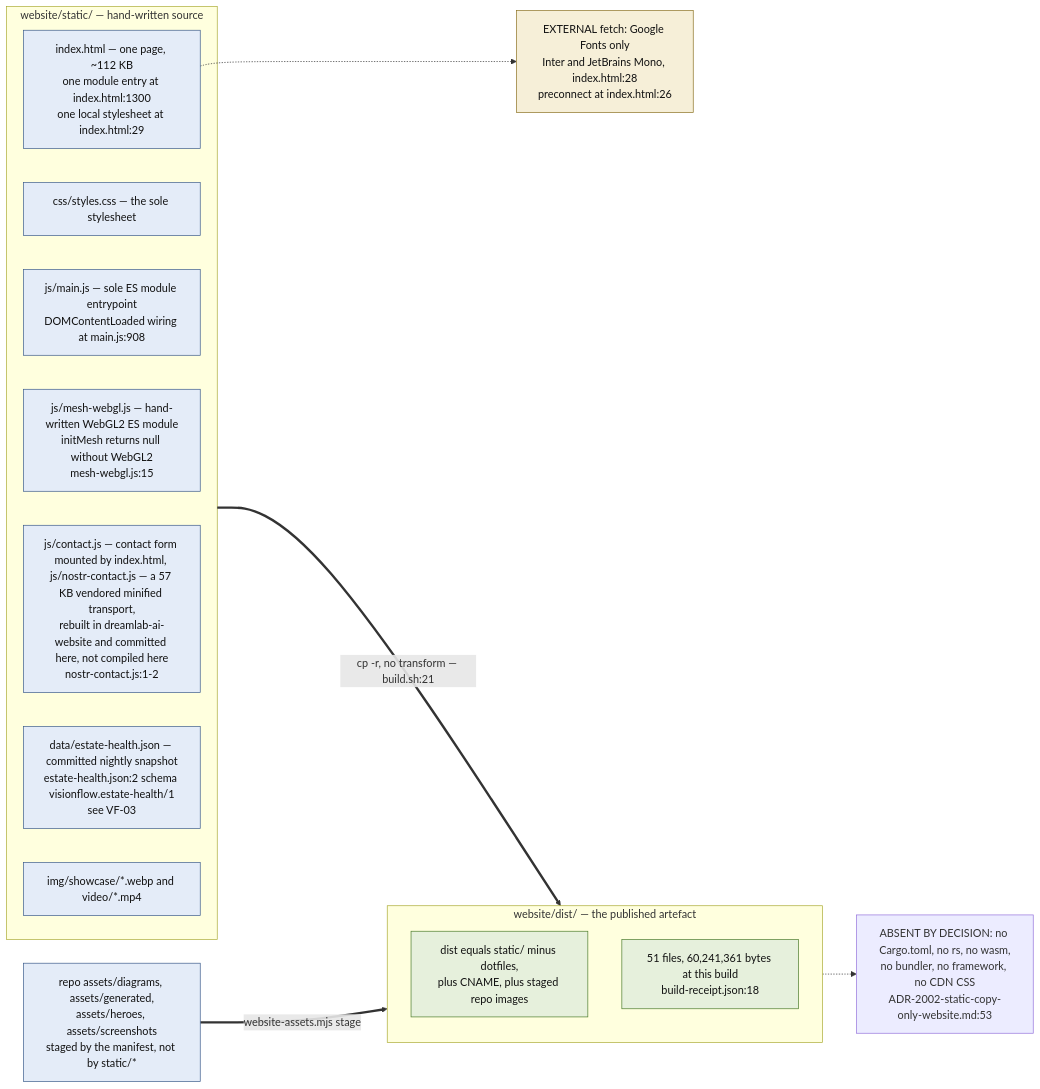
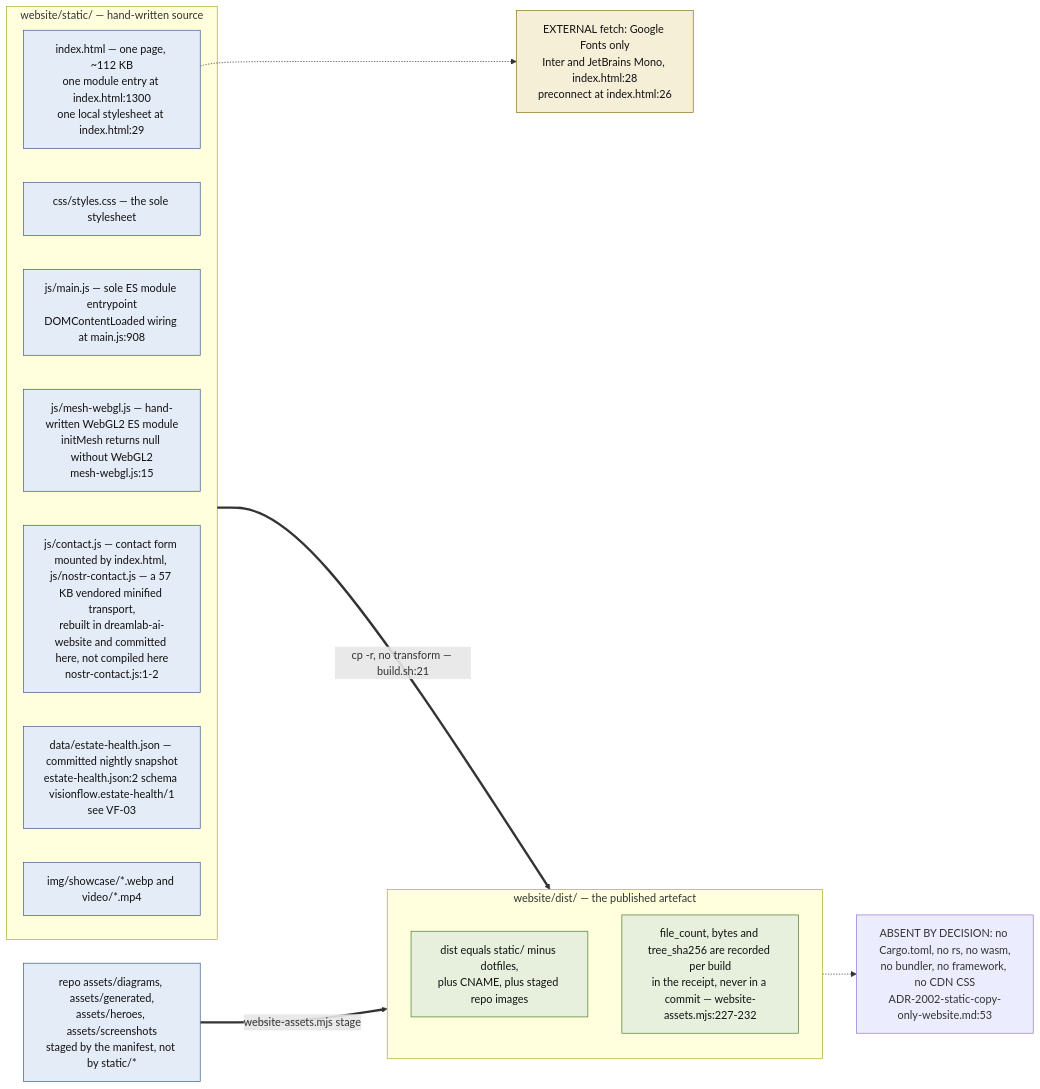
The second of 12 diagrams in docs/diagrams/visionflow/02-website-build-and-deploy.md (DreamLab-AI/VisionFlow), drawn with Mermaid before and after one commit. The commit also changed other lines of this file and 91 other files, not shown here.

````diff
--- a/docs/diagrams/visionflow/02-website-build-and-deploy.md
+++ b/docs/diagrams/visionflow/02-website-build-and-deploy.md
@@ -73,31 +73,31 @@
 ```mermaid
 flowchart LR
     classDef src fill:#e4ecf8,stroke:#3a5a8a,color:#111
     classDef out fill:#e6f0dc,stroke:#4a7a2a,color:#111
     classDef ext fill:#f6efd8,stroke:#8a7020,color:#111
 
     subgraph STATIC["website/static/ — hand-written source"]
         IDX["index.html — one page, ~112 KB<br/>one module entry at index.html:1300<br/>one local stylesheet at index.html:29"]:::src
         CSS["css/styles.css — the sole stylesheet"]:::src
         MAIN["js/main.js — sole ES module entrypoint<br/>DOMContentLoaded wiring at main.js:908"]:::src
         MESH["js/mesh-webgl.js — hand-written WebGL2 ES module<br/>initMesh returns null without WebGL2<br/>mesh-webgl.js:15"]:::src
         CONTACTF["js/contact.js — contact form mounted by index.html, js/nostr-contact.js — a 57 KB vendored minified transport,<br/>rebuilt in dreamlab-ai-website and committed here, not compiled here<br/>nostr-contact.js:1-2"]:::src
         DATA["data/estate-health.json — committed nightly snapshot<br/>estate-health.json:2 schema visionflow.estate-health/1<br/>see VF-03"]:::src
         MEDIA["img/showcase/*.webp and video/*.mp4"]:::src
     end
 
     subgraph DIST["website/dist/ — the published artefact"]
         D1["dist equals static/ minus dotfiles,<br/>plus CNAME, plus staged repo images"]:::out
-        D2["51 files, 60,241,361 bytes at this build<br/>build-receipt.json:18"]:::out
+        D2["file_count, bytes and tree_sha256 are recorded per build<br/>in the receipt, never in a commit — website-assets.mjs:227-232"]:::out
     end
 
     STATIC ==>|"cp -r, no transform — build.sh:21"| DIST
     ASSETS["repo assets/diagrams, assets/generated,<br/>assets/heroes, assets/screenshots<br/>staged by the manifest, not by static/*"]:::src
     ASSETS ==>|"website-assets.mjs stage"| DIST
 
     FONTS["EXTERNAL fetch: Google Fonts only<br/>Inter and JetBrains Mono, index.html:28<br/>preconnect at index.html:26"]:::ext
     IDX -.-> FONTS
 
     NEG["ABSENT BY DECISION: no Cargo.toml, no rs, no wasm,<br/>no bundler, no framework, no CDN CSS<br/>ADR-2002-static-copy-only-website.md:53"]
     DIST -.-> NEG
 ```
````
